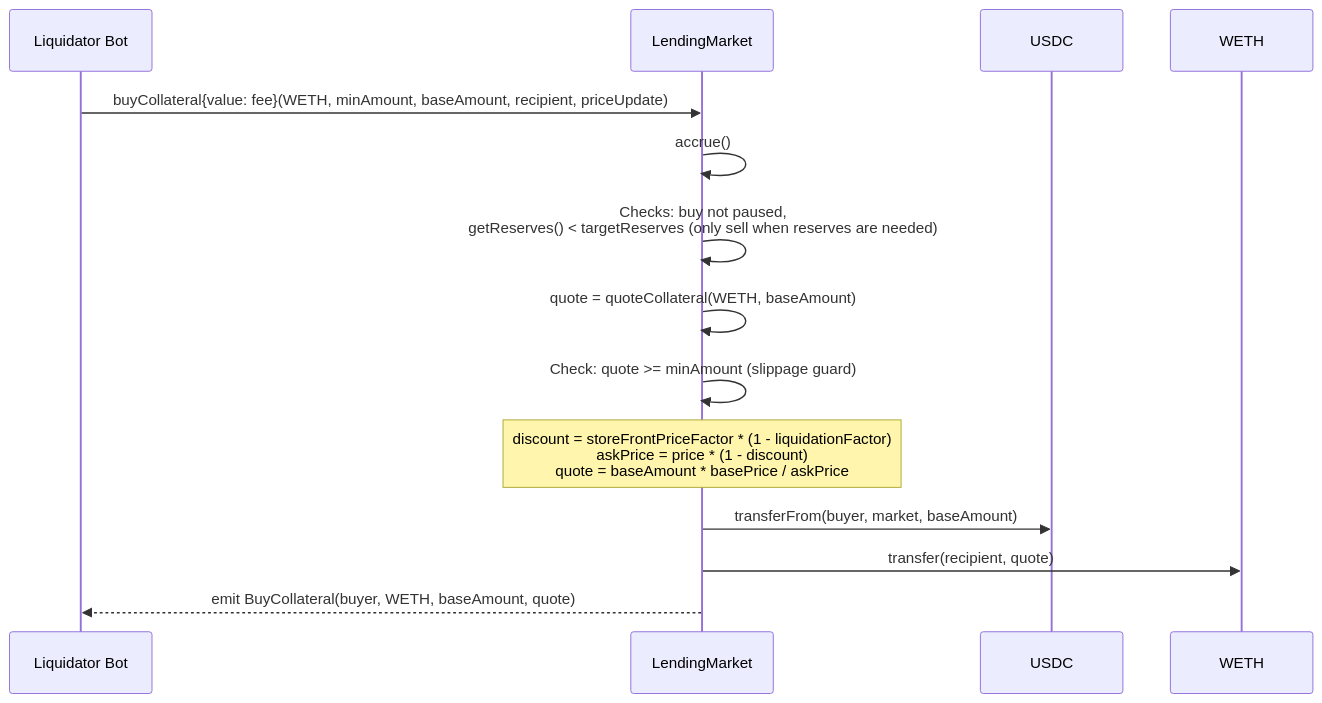
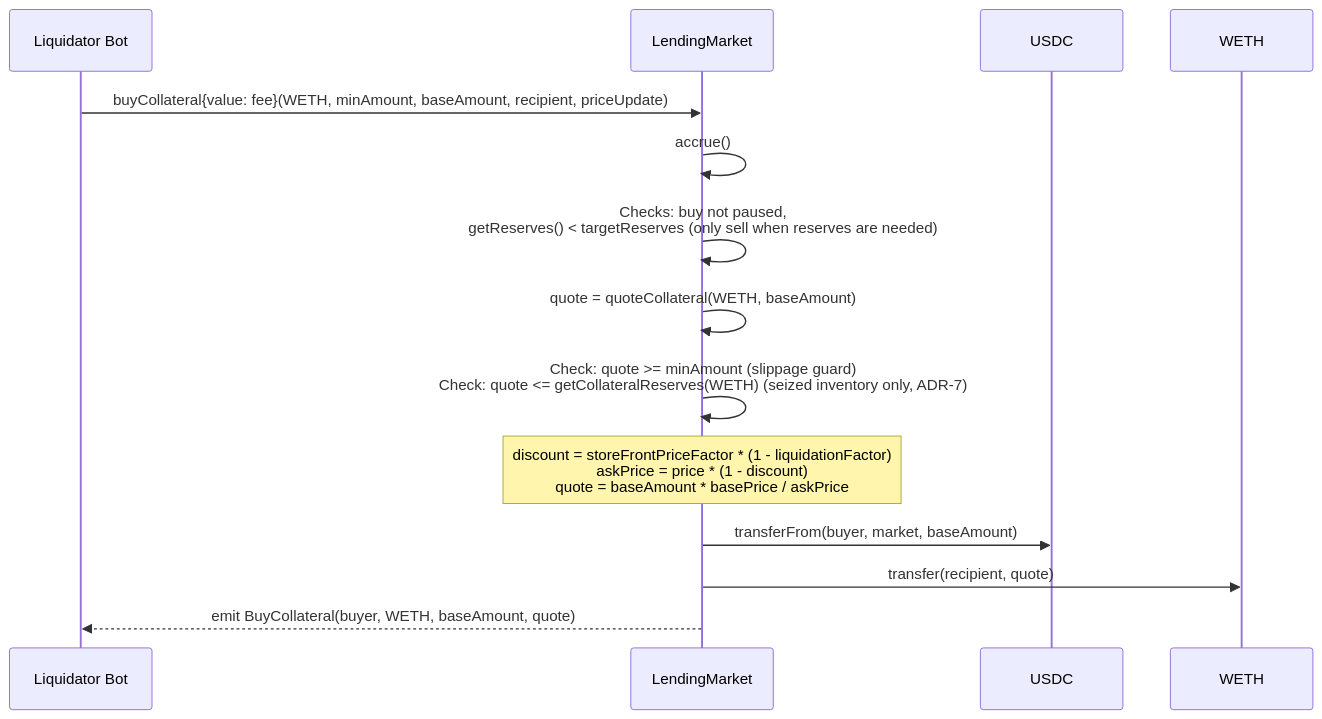
The sixth of 6 diagrams in docs/03-architecture.md (GushALKDev/evm-lending-borrowing-protocol), drawn with Mermaid before and after one commit. The commit also changed other lines of this file and 13 other files, not shown here.

````diff
--- a/docs/03-architecture.md
+++ b/docs/03-architecture.md
@@ -470,17 +470,17 @@
 ```mermaid
 sequenceDiagram
     participant Buyer as Liquidator Bot
     participant Market as LendingMarket
     participant USDC
     participant WETH
 
     Buyer->>Market: buyCollateral{value: fee}(WETH, minAmount, baseAmount, recipient, priceUpdate)
     Market->>Market: accrue()
     Market->>Market: Checks: buy not paused,<br/>getReserves() < targetReserves (only sell when reserves are needed)
     Market->>Market: quote = quoteCollateral(WETH, baseAmount)
-    Market->>Market: Check: quote >= minAmount (slippage guard)
+    Market->>Market: Check: quote >= minAmount (slippage guard)<br/>Check: quote <= getCollateralReserves(WETH) (seized inventory only, ADR-7)
     Note over Market: discount = storeFrontPriceFactor * (1 - liquidationFactor)<br/>askPrice = price * (1 - discount)<br/>quote = baseAmount * basePrice / askPrice
     Market->>USDC: transferFrom(buyer, market, baseAmount)
     Market->>WETH: transfer(recipient, quote)
     Market-->>Buyer: emit BuyCollateral(buyer, WETH, baseAmount, quote)
 ```
````
